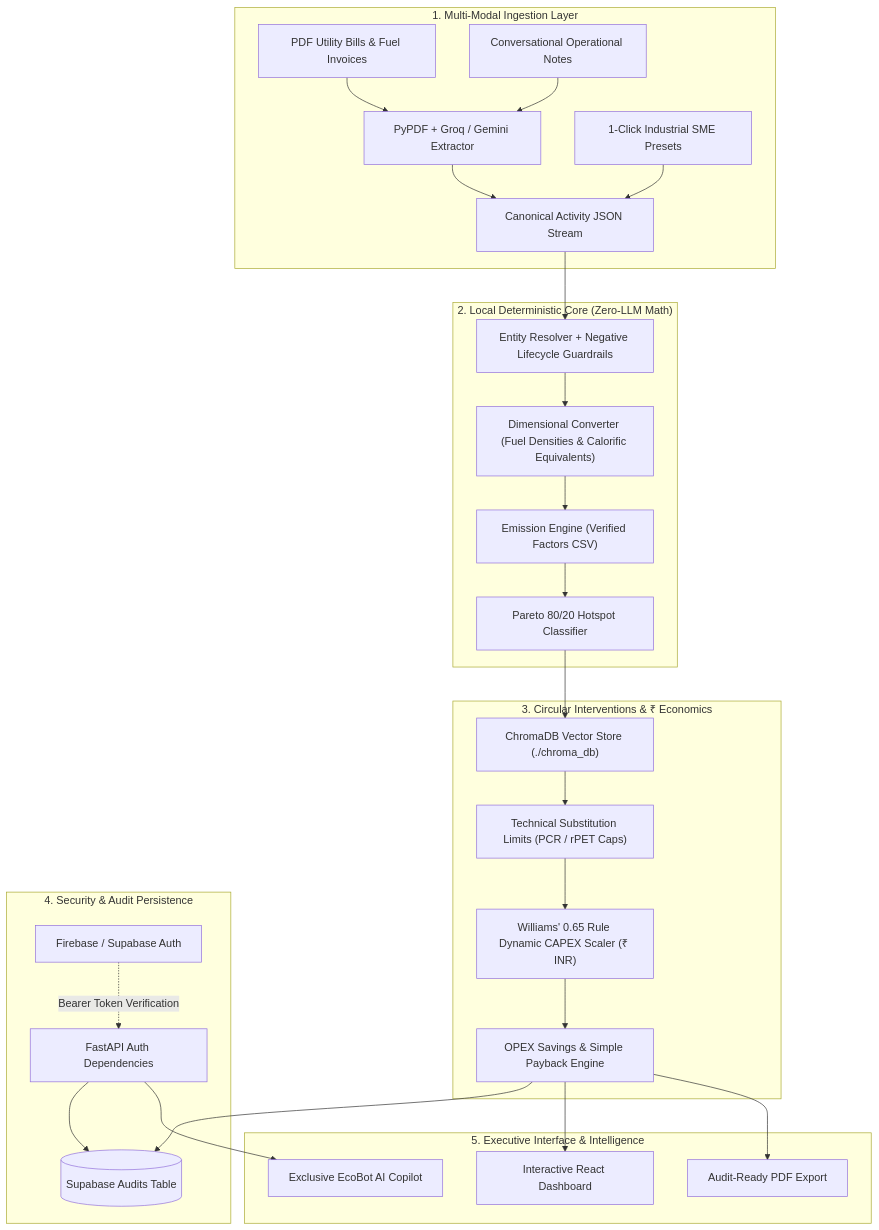
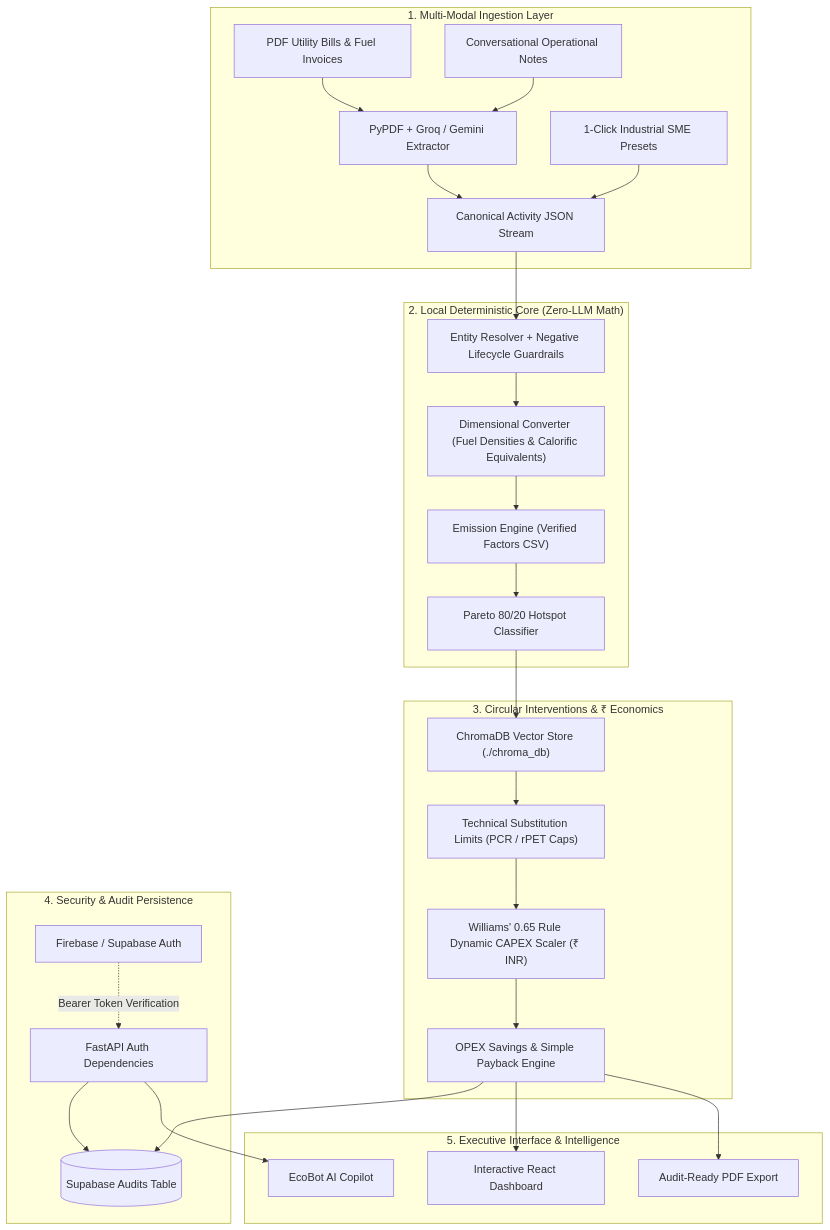
The diagram in README.md (SalazarZ3U5/EcoLeak), drawn with Mermaid before and after one commit. The commit also changed other lines of this file and 22 other files, not shown here.

````diff
--- a/README.md
+++ b/README.md
@@ -119,35 +119,35 @@
 ```mermaid
 flowchart TD
     subgraph Ingestion["1. Multi-Modal Ingestion Layer"]
         A1["PDF Utility Bills & Fuel Invoices"] --> B["PyPDF + Groq / Gemini Extractor"]
         A2["Conversational Operational Notes"] --> B
         A3["1-Click Industrial SME Presets"] --> C["Canonical Activity JSON Stream"]
         B --> C
     end
 
     subgraph DeterministicCore["2. Local Deterministic Core (Zero-LLM Math)"]
         C --> D["Entity Resolver + Negative Lifecycle Guardrails"]
         D --> E["Dimensional Converter (Fuel Densities & Calorific Equivalents)"]
         E --> F["Emission Engine (Verified Factors CSV)"]
         F --> G["Pareto 80/20 Hotspot Classifier"]
     end
 
     subgraph CircularEconomy["3. Circular Interventions & ₹ Economics"]
         G --> H["ChromaDB Vector Store (./chroma_db)"]
         H --> I["Technical Substitution Limits (PCR / rPET Caps)"]
         I --> J["Williams' 0.65 Rule Dynamic CAPEX Scaler (₹ INR)"]
         J --> K["OPEX Savings & Simple Payback Engine"]
     end
 
     subgraph AuthAndPersistence["4. Security & Audit Persistence"]
         AUTH["Firebase / Supabase Auth"] -.->|"Bearer Token Verification"| SEC["FastAPI Auth Dependencies"]
         SEC --> DB[("Supabase Audits Table")]
         K --> DB
     end
 
     subgraph Delivery["5. Executive Interface & Intelligence"]
         K --> L1["Interactive React Dashboard"]
         K --> L2["Audit-Ready PDF Export"]
-        SEC --> ECOBOT["Exclusive EcoBot AI Copilot"]
+        SEC --> ECOBOT["EcoBot AI Copilot"]
     end
 ```
````
